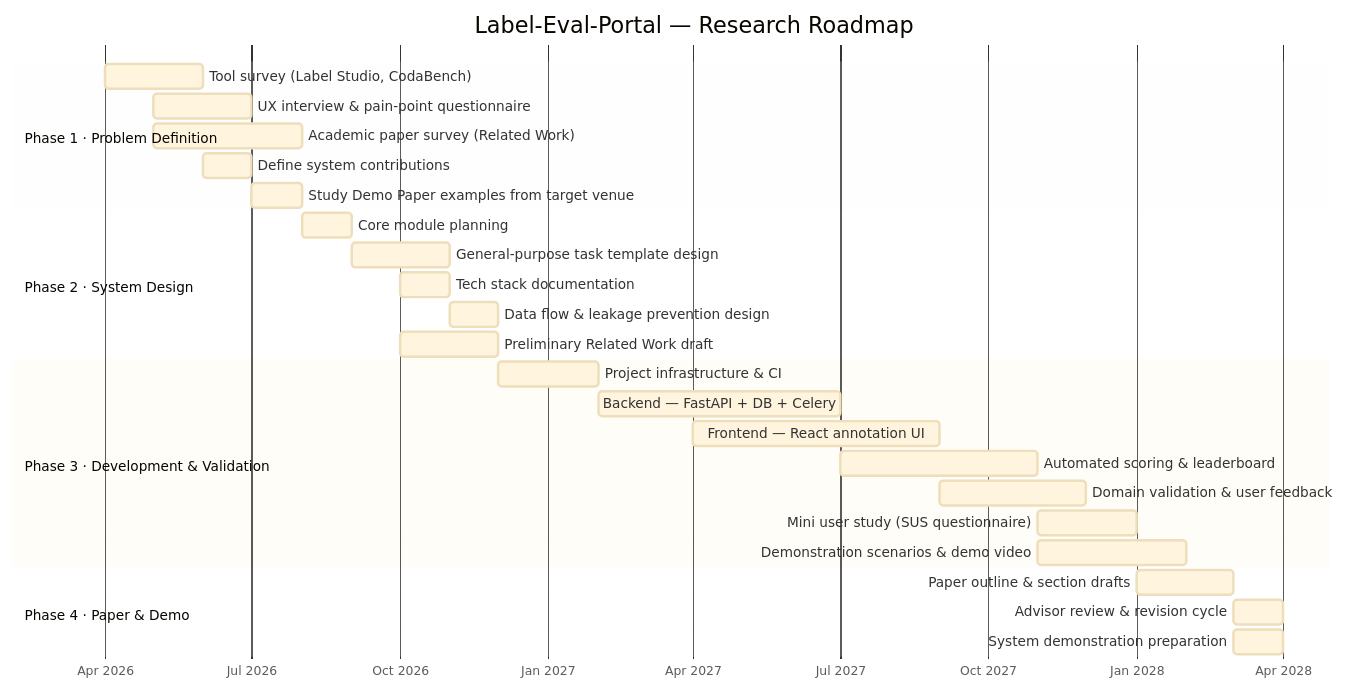
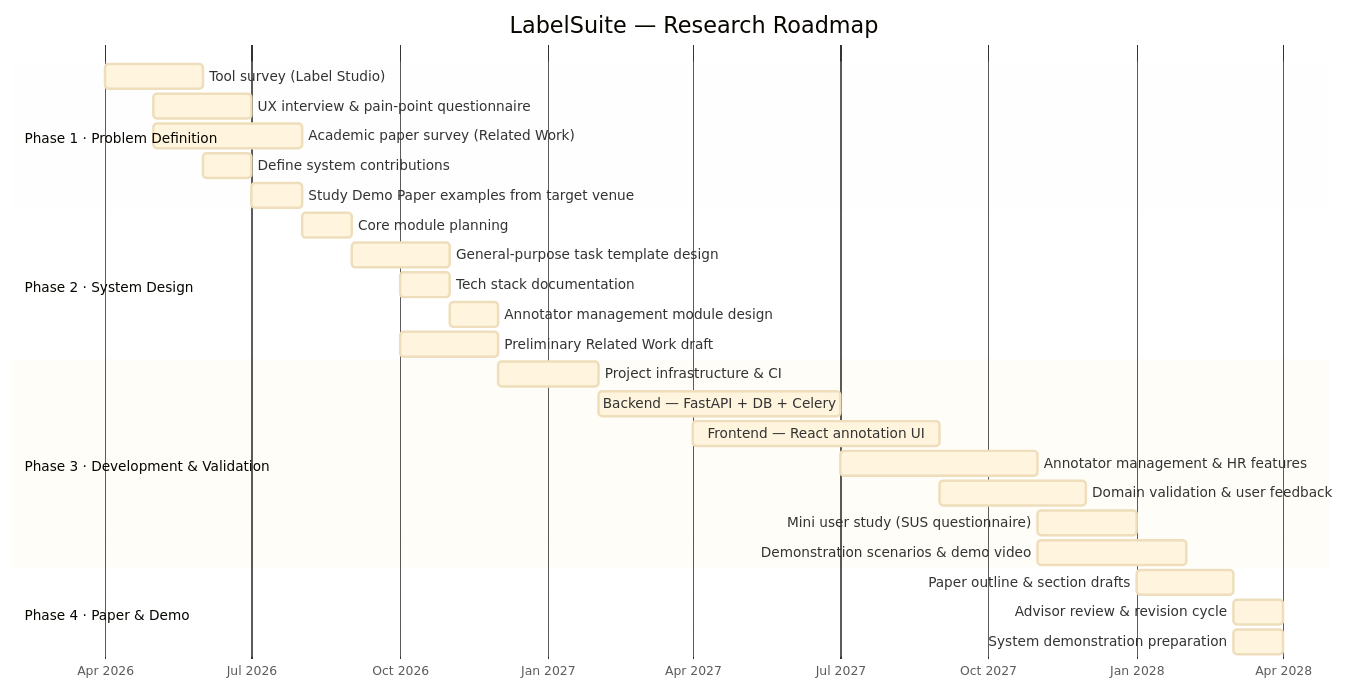
Before and after one commit to singyichen/label-suite: the diagram in README.md, drawn with Mermaid. The commit also changed other lines of this file and 6 other files, not shown here.

First line of the commit message:
docs: remove all CodaBench references, pivot to annotation-only platform

````diff
--- a/README.md
+++ b/README.md
@@ -89,46 +96,46 @@
 ```mermaid
 %%{init: {
   "theme": "base",
   "themeVariables": {
     "cScale0": "#3B82F6",
     "cScale1": "#8B5CF6",
     "cScale2": "#10B981",
     "cScale3": "#F59E0B",
     "gridColor": "#E5E7EB",
     "todayLineColor": "#EF4444",
     "fontSize": "14px"
   }
 }}%%
 gantt
-    title Label-Eval-Portal — Research Roadmap
+    title LabelSuite — Research Roadmap
     dateFormat  YYYY-MM-DD
     axisFormat  %b %Y
 
     section Phase 1 · Problem Definition
-    Tool survey (Label Studio, CodaBench)         :p1a, 2026-04-01, 2026-06-01
+    Tool survey (Label Studio)                    :p1a, 2026-04-01, 2026-06-01
     UX interview & pain-point questionnaire       :p1d, 2026-05-01, 2026-07-01
     Academic paper survey (Related Work)          :p1e, 2026-05-01, 2026-08-01
     Define system contributions                   :p1b, 2026-06-01, 2026-07-01
     Study Demo Paper examples from target venue   :p1c, 2026-07-01, 2026-08-01
 
     section Phase 2 · System Design
     Core module planning                          :p2a, 2026-08-01, 2026-09-01
     General-purpose task template design          :p2b, 2026-09-01, 2026-11-01
     Tech stack documentation                      :p2c, 2026-10-01, 2026-11-01
-    Data flow & leakage prevention design         :p2d, 2026-11-01, 2026-12-01
+    Annotator management module design            :p2d, 2026-11-01, 2026-12-01
     Preliminary Related Work draft                :p2e, 2026-10-01, 2026-12-01
 
     section Phase 3 · Development & Validation
     Project infrastructure & CI                   :p3a, 2026-12-01, 2027-02-01
     Backend — FastAPI + DB + Celery               :p3b, 2027-02-01, 2027-07-01
     Frontend — React annotation UI                :p3c, 2027-04-01, 2027-09-01
-    Automated scoring & leaderboard               :p3d, 2027-07-01, 2027-11-01
+    Annotator management & HR features            :p3d, 2027-07-01, 2027-11-01
     Domain validation & user feedback             :p3e, 2027-09-01, 2027-12-01
     Mini user study (SUS questionnaire)           :p3g, 2027-11-01, 2028-01-01
     Demonstration scenarios & demo video          :p3h, 2027-11-01, 2028-02-01
 
     section Phase 4 · Paper & Demo
     Paper outline & section drafts                :p4a, 2028-01-01, 2028-03-01
     Advisor review & revision cycle               :p4b, 2028-03-01, 2028-04-01
     System demonstration preparation              :p4c, 2028-03-01, 2028-04-01
 ```
````
